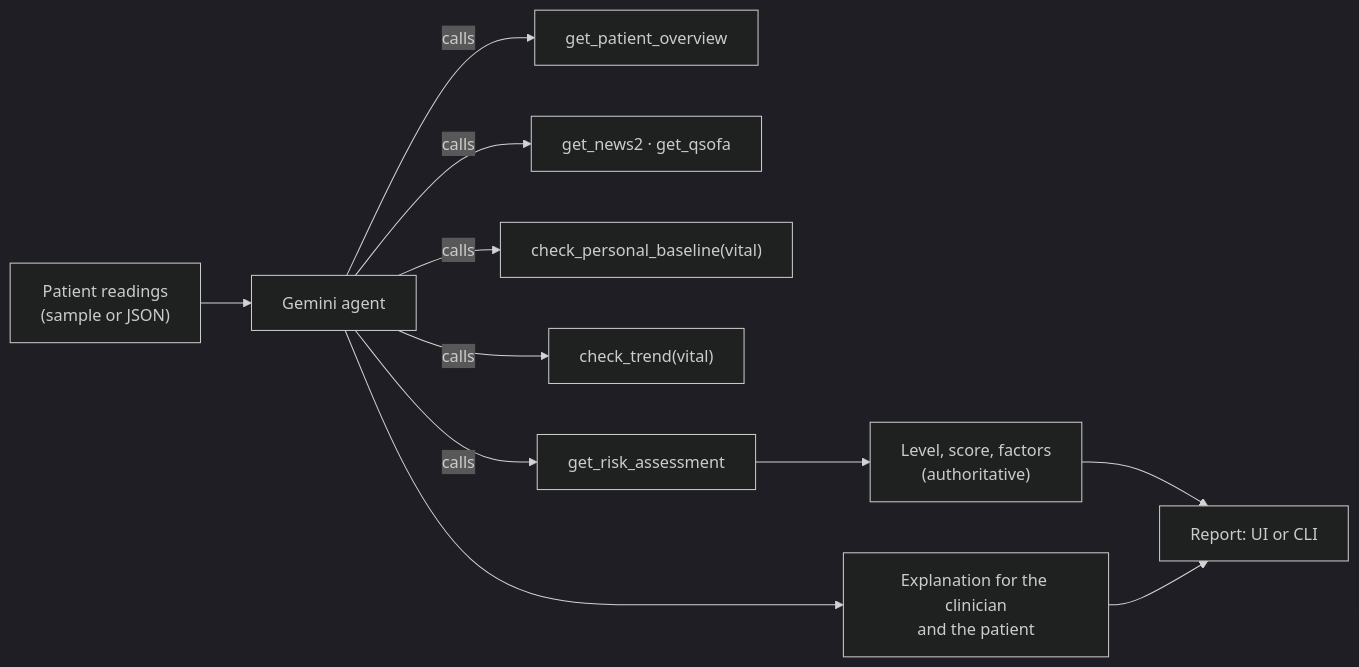
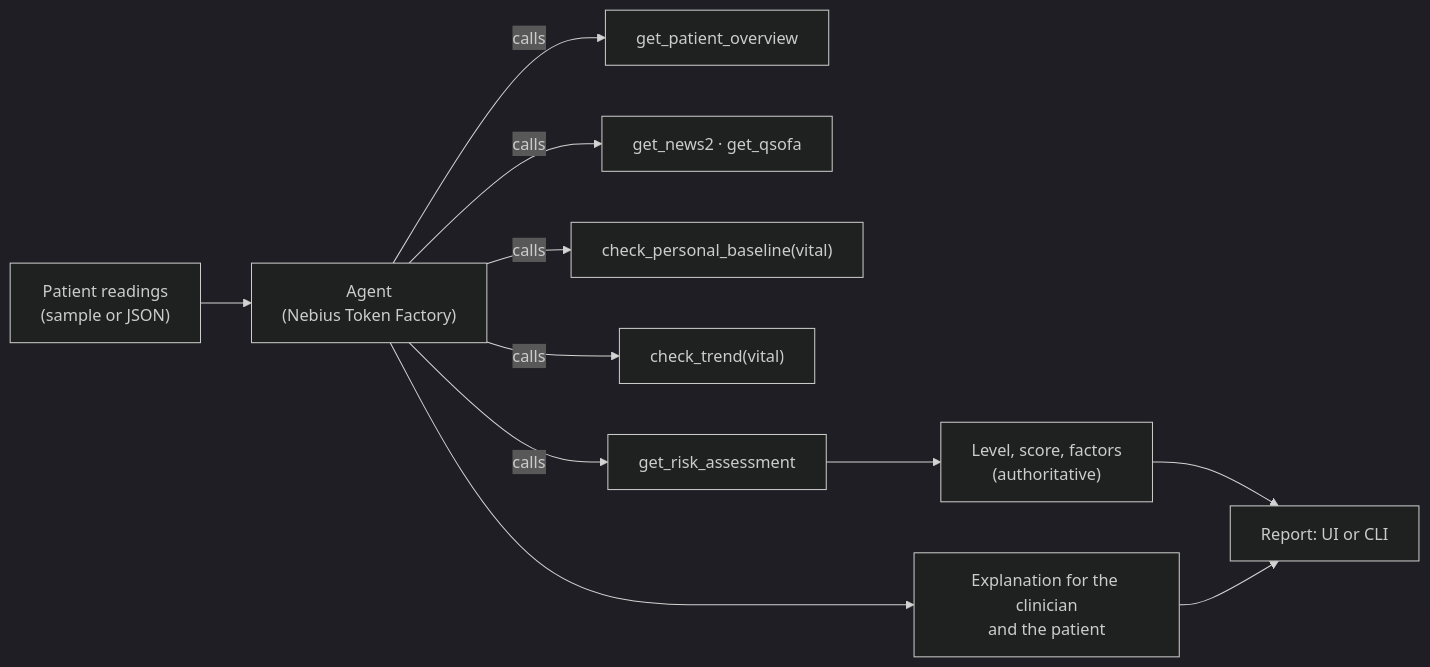
One commit to Arindam200/awesome-ai-apps changed the diagram in advance_ai_agents/clinical_early_warning_agent/README.md. Above: the diagram before and after it, drawn with Mermaid (dark theme). The commit also changed other lines of this file and 12 other files, not shown here.

First line of the commit message:
refactor(clinical_early_warning_agent): use a Nebius Token Factory model instead of Gemini

````diff
--- a/advance_ai_agents/clinical_early_warning_agent/README.md
+++ b/advance_ai_agents/clinical_early_warning_agent/README.md
@@ -31,13 +32,13 @@
 ```mermaid
 flowchart LR
-    V["Patient readings<br/>(sample or JSON)"] --> A["Gemini agent"]
+    V["Patient readings<br/>(sample or JSON)"] --> A["Agent<br/>(Nebius Token Factory)"]
     A -->|calls| T1["get_patient_overview"]
     A -->|calls| T2["get_news2 · get_qsofa"]
     A -->|calls| T3["check_personal_baseline(vital)"]
     A -->|calls| T4["check_trend(vital)"]
     A -->|calls| T5["get_risk_assessment"]
     T5 --> R["Level, score, factors<br/>(authoritative)"]
     A --> E["Explanation for the clinician<br/>and the patient"]
     R --> O["Report: UI or CLI"]
     E --> O
 ```
````
